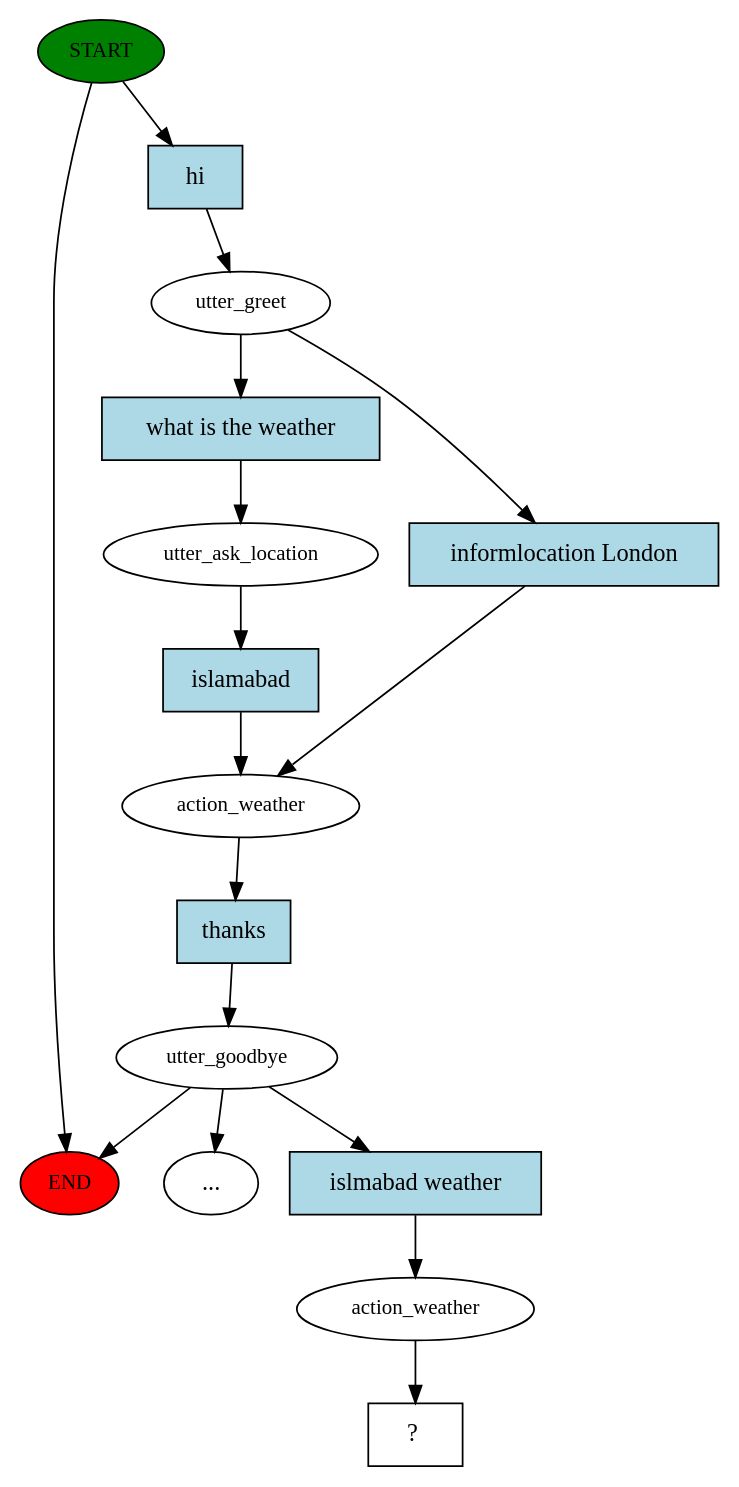
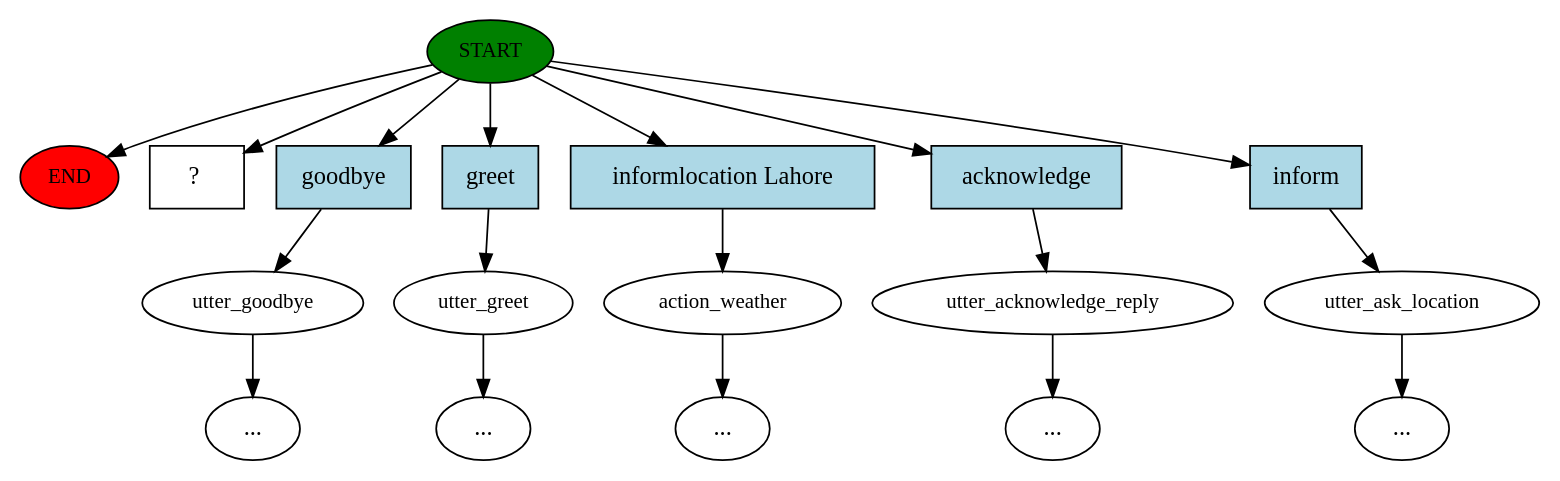
One commit to Nomiluks/weather-bot changed the diagram in story_graph.dot. Above: the diagram before and after it, drawn with Graphviz. The commit also changed 30 other files, not shown here.

```diff
--- a/story_graph.dot
+++ b/story_graph.dot
@@ -1,33 +1,37 @@
 digraph  {
 0 [class="start active", fillcolor=green, fontsize=12, label=START, style=filled];
 "-1" [class=end, fillcolor=red, fontsize=12, label=END, style=filled];
-1 [class=active, fontsize=12, label=utter_greet];
-2 [class=active, fontsize=12, label=utter_ask_location];
-3 [class=active, fontsize=12, label=action_weather];
-4 [class=active, fontsize=12, label=utter_goodbye];
+1 [class="", fontsize=12, label=utter_goodbye];
 "-3" [class=ellipsis, label="..."];
-12 [class=active, fontsize=12, label=action_weather];
-13 [class="intent dashed active", label="  ?  ", shape=rect];
-14 [class="intent active", fillcolor=lightblue, label=hi, shape=rect, style=filled];
-15 [class="intent active", fillcolor=lightblue, label="what is the weather", shape=rect, style=filled];
-16 [class=intent, fillcolor=lightblue, label="informlocation London", shape=rect, style=filled];
-17 [class="intent active", fillcolor=lightblue, label=islamabad, shape=rect, style=filled];
-18 [class="intent active", fillcolor=lightblue, label=thanks, shape=rect, style=filled];
-19 [class="intent active", fillcolor=lightblue, label="islmabad weather", shape=rect, style=filled];
+2 [class="", fontsize=12, label=utter_greet];
+3 [class="", fontsize=12, label=action_weather];
+4 [class="", fontsize=12, label=utter_acknowledge_reply];
+"-6" [class=ellipsis, label="..."];
+5 [class="", fontsize=12, label=utter_ask_location];
+"-7" [class=ellipsis, label="..."];
+"-11" [class=ellipsis, label="..."];
+"-12" [class=ellipsis, label="..."];
+11 [class="intent dashed active", label="  ?  ", shape=rect];
+12 [class=intent, fillcolor=lightblue, label=goodbye, shape=rect, style=filled];
+13 [class=intent, fillcolor=lightblue, label=greet, shape=rect, style=filled];
+14 [class=intent, fillcolor=lightblue, label="informlocation Lahore", shape=rect, style=filled];
+15 [class=intent, fillcolor=lightblue, label=acknowledge, shape=rect, style=filled];
+16 [class=intent, fillcolor=lightblue, label=inform, shape=rect, style=filled];
 0 -> "-1"  [class="", key=NONE, label=""];
-0 -> 14  [class=active, key=0];
-1 -> 15  [class=active, key=0];
-1 -> 16  [class="", key=0];
-2 -> 17  [class=active, key=0];
-3 -> 18  [class=active, key=0];
-4 -> "-1"  [class="", key=NONE, label=""];
-4 -> "-3"  [class="", key=NONE, label=""];
-4 -> 19  [class=active, key=0];
-12 -> 13  [class=active, key=NONE, label=""];
-14 -> 1  [class=active, key=0];
-15 -> 2  [class=active, key=0];
-16 -> 3  [class="", key=0];
-17 -> 3  [class=active, key=0];
-18 -> 4  [class=active, key=0];
-19 -> 12  [class=active, key=0];
+0 -> 11  [class=active, key=NONE, label=""];
+0 -> 12  [class="", key=0];
+0 -> 13  [class="", key=0];
+0 -> 14  [class="", key=0];
+0 -> 15  [class="", key=0];
+0 -> 16  [class="", key=0];
+1 -> "-3"  [class="", key=NONE, label=""];
+2 -> "-11"  [class="", key=NONE, label=""];
+3 -> "-12"  [class="", key=NONE, label=""];
+4 -> "-6"  [class="", key=NONE, label=""];
+5 -> "-7"  [class="", key=NONE, label=""];
+12 -> 1  [class="", key=0];
+13 -> 2  [class="", key=0];
+14 -> 3  [class="", key=0];
+15 -> 4  [class="", key=0];
+16 -> 5  [class="", key=0];
 }
```
